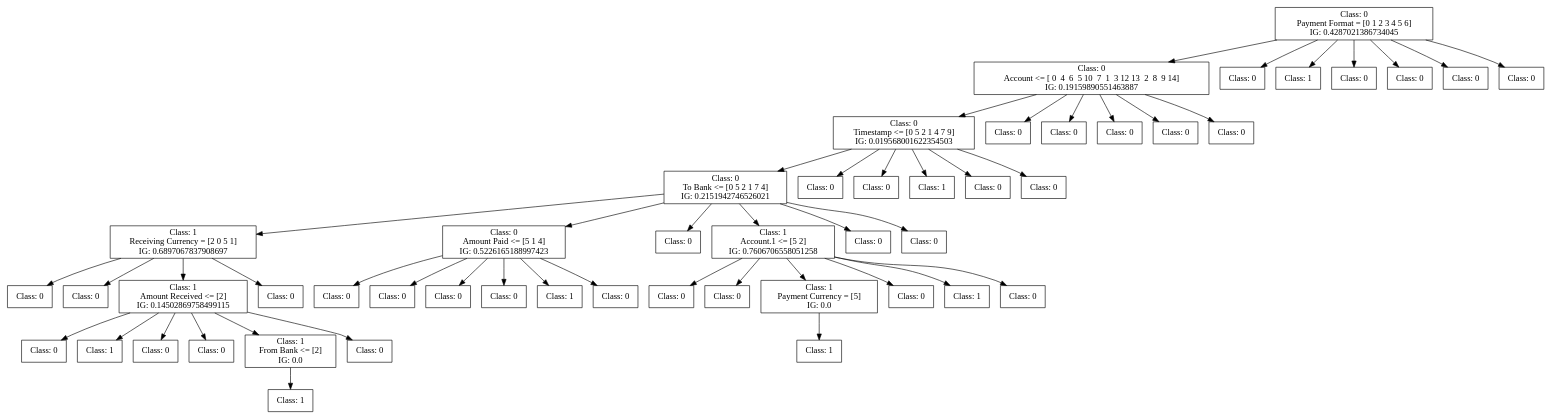
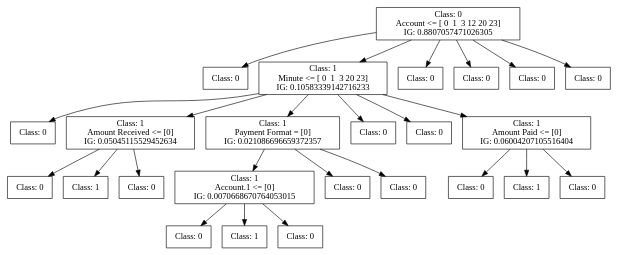
The diagram in dot_figs/tree-id3-oversampling-6.dot (FedericoBruzzone/anti-money-laundering), drawn with Graphviz before and after one commit. The commit also changed 12 other files, not shown here.

```diff
--- a/dot_figs/tree-id3-oversampling-6.dot
+++ b/dot_figs/tree-id3-oversampling-6.dot
@@ -1,163 +1,84 @@
 digraph DecisionTree {
 	rankdir=TD;
 	node [shape=box];
-	2337401892928 [label="Class: 0
-Payment Format = [0 1 2 3 4 5 6]
-IG: 0.4287021386734045"];
-	2342464377216 [label="Class: 0
-Account <= [ 0  4  6  5 10  7  1  3 12 13  2  8  9 14]
-IG: 0.19159890551463887"];
-	2337401892928 -> 2342464377216;
-	2342464376496 [label="Class: 0
-Timestamp <= [0 5 2 1 4 7 9]
-IG: 0.019568001622354503"];
-	2342464377216 -> 2342464376496;
-	2342464376928 [label="Class: 0
-To Bank <= [0 5 2 1 7 4]
-IG: 0.2151942746526021"];
-	2342464376496 -> 2342464376928;
-	2342464373088 [label="Class: 1
-Receiving Currency = [2 0 5 1]
-IG: 0.6897067837908697"];
-	2342464376928 -> 2342464373088;
-	2342464382496 [label="Class: 0
+	2150864728368 [label="Class: 0
+Account <= [ 0  1  3 12 20 23]
+IG: 0.8807057471026305"];
+	2151012409088 [label="Class: 0
 "];
-	2342464373088 -> 2342464382496;
-	2342464382352 [label="Class: 0
+	2150864728368 -> 2151012409088;
+	2151012409520 [label="Class: 1
+Minute <= [ 0  1  3 20 23]
+IG: 0.10583339142716233"];
+	2150864728368 -> 2151012409520;
+	2151012407264 [label="Class: 0
 "];
-	2342464373088 -> 2342464382352;
-	2342464379376 [label="Class: 1
-Amount Received <= [2]
-IG: 0.14502869758499115"];
-	2342464373088 -> 2342464379376;
-	2337401891632 [label="Class: 0
+	2151012409520 -> 2151012407264;
+	2151012412160 [label="Class: 1
+Amount Received <= [0]
+IG: 0.05045115529452634"];
+	2151012409520 -> 2151012412160;
+	2151012413120 [label="Class: 0
 "];
-	2342464379376 -> 2337401891632;
-	2342464377888 [label="Class: 1
+	2151012412160 -> 2151012413120;
+	2151012413312 [label="Class: 1
 "];
-	2342464379376 -> 2342464377888;
-	2342464373760 [label="Class: 0
+	2151012412160 -> 2151012413312;
+	2151012407504 [label="Class: 0
 "];
-	2342464379376 -> 2342464373760;
-	2342464382784 [label="Class: 0
+	2151012412160 -> 2151012407504;
+	2151012406496 [label="Class: 1
+Payment Format = [0]
+IG: 0.021086696659372357"];
+	2151012409520 -> 2151012406496;
+	2151012410288 [label="Class: 1
+Account.1 <= [0]
+IG: 0.0070668670764053015"];
+	2151012406496 -> 2151012410288;
+	2151012414128 [label="Class: 0
 "];
-	2342464379376 -> 2342464382784;
-	2342464380288 [label="Class: 1
-From Bank <= [2]
-IG: 0.0"];
-	2342464379376 -> 2342464380288;
-	2342464374000 [label="Class: 1
+	2151012410288 -> 2151012414128;
+	2151012414320 [label="Class: 1
 "];
-	2342464380288 -> 2342464374000;
-	2342464381536 [label="Class: 0
+	2151012410288 -> 2151012414320;
+	2151012413840 [label="Class: 0
 "];
-	2342464379376 -> 2342464381536;
-	2342464373424 [label="Class: 0
+	2151012410288 -> 2151012413840;
+	2151012410384 [label="Class: 0
 "];
-	2342464373088 -> 2342464373424;
-	2342464376832 [label="Class: 0
-Amount Paid <= [5 1 4]
-IG: 0.5226165188997423"];
-	2342464376928 -> 2342464376832;
-	2342464379232 [label="Class: 0
+	2151012406496 -> 2151012410384;
+	2151012406832 [label="Class: 0
 "];
-	2342464376832 -> 2342464379232;
-	2342464376208 [label="Class: 0
+	2151012406496 -> 2151012406832;
+	2151012405152 [label="Class: 0
 "];
-	2342464376832 -> 2342464376208;
-	2342464384272 [label="Class: 0
+	2151012409520 -> 2151012405152;
+	2151012411920 [label="Class: 0
 "];
-	2342464376832 -> 2342464384272;
-	2342464381776 [label="Class: 0
+	2151012409520 -> 2151012411920;
+	2151012404576 [label="Class: 1
+Amount Paid <= [0]
+IG: 0.06004207105516404"];
+	2151012409520 -> 2151012404576;
+	2151012414896 [label="Class: 0
 "];
-	2342464376832 -> 2342464381776;
-	2342464377504 [label="Class: 1
+	2151012404576 -> 2151012414896;
+	2151012415088 [label="Class: 1
 "];
-	2342464376832 -> 2342464377504;
-	2342464382112 [label="Class: 0
+	2151012404576 -> 2151012415088;
+	2151012414608 [label="Class: 0
 "];
-	2342464376832 -> 2342464382112;
-	2342464381584 [label="Class: 0
+	2151012404576 -> 2151012414608;
+	2151012407024 [label="Class: 0
 "];
-	2342464376928 -> 2342464381584;
-	2342464373136 [label="Class: 1
-Account.1 <= [5 2]
-IG: 0.7606706558051258"];
-	2342464376928 -> 2342464373136;
-	2342464384656 [label="Class: 0
+	2150864728368 -> 2151012407024;
+	2151012409280 [label="Class: 0
 "];
-	2342464373136 -> 2342464384656;
-	2342464385376 [label="Class: 0
+	2150864728368 -> 2151012409280;
+	2151012408944 [label="Class: 0
 "];
-	2342464373136 -> 2342464385376;
-	2342464385184 [label="Class: 1
-Payment Currency = [5]
-IG: 0.0"];
-	2342464373136 -> 2342464385184;
-	2342464381824 [label="Class: 1
+	2150864728368 -> 2151012408944;
+	2151012407696 [label="Class: 0
 "];
-	2342464385184 -> 2342464381824;
-	2342464380336 [label="Class: 0
-"];
-	2342464373136 -> 2342464380336;
-	2342464384080 [label="Class: 1
-"];
-	2342464373136 -> 2342464384080;
-	2342464383840 [label="Class: 0
-"];
-	2342464373136 -> 2342464383840;
-	2342464376064 [label="Class: 0
-"];
-	2342464376928 -> 2342464376064;
-	2342464376784 [label="Class: 0
-"];
-	2342464376928 -> 2342464376784;
-	2342464375776 [label="Class: 0
-"];
-	2342464376496 -> 2342464375776;
-	2342464380672 [label="Class: 0
-"];
-	2342464376496 -> 2342464380672;
-	2342464380720 [label="Class: 1
-"];
-	2342464376496 -> 2342464380720;
-	2342464377648 [label="Class: 0
-"];
-	2342464376496 -> 2342464377648;
-	2342464378800 [label="Class: 0
-"];
-	2342464376496 -> 2342464378800;
-	2342464376400 [label="Class: 0
-"];
-	2342464377216 -> 2342464376400;
-	2342464379760 [label="Class: 0
-"];
-	2342464377216 -> 2342464379760;
-	2342464374288 [label="Class: 0
-"];
-	2342464377216 -> 2342464374288;
-	2342464378992 [label="Class: 0
-"];
-	2342464377216 -> 2342464378992;
-	2342464376880 [label="Class: 0
-"];
-	2342464377216 -> 2342464376880;
-	2342464376352 [label="Class: 0
-"];
-	2337401892928 -> 2342464376352;
-	2342464379472 [label="Class: 1
-"];
-	2337401892928 -> 2342464379472;
-	2342464379424 [label="Class: 0
-"];
-	2337401892928 -> 2342464379424;
-	2342464376976 [label="Class: 0
-"];
-	2337401892928 -> 2342464376976;
-	2342464375152 [label="Class: 0
-"];
-	2337401892928 -> 2342464375152;
-	2342464378128 [label="Class: 0
-"];
-	2337401892928 -> 2342464378128;
+	2150864728368 -> 2151012407696;
 }
```
